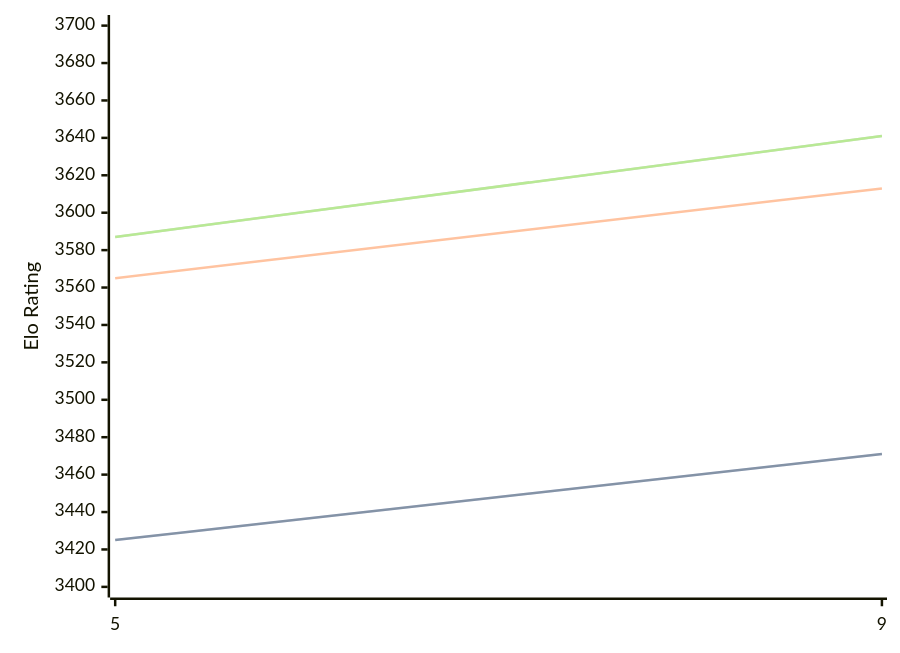
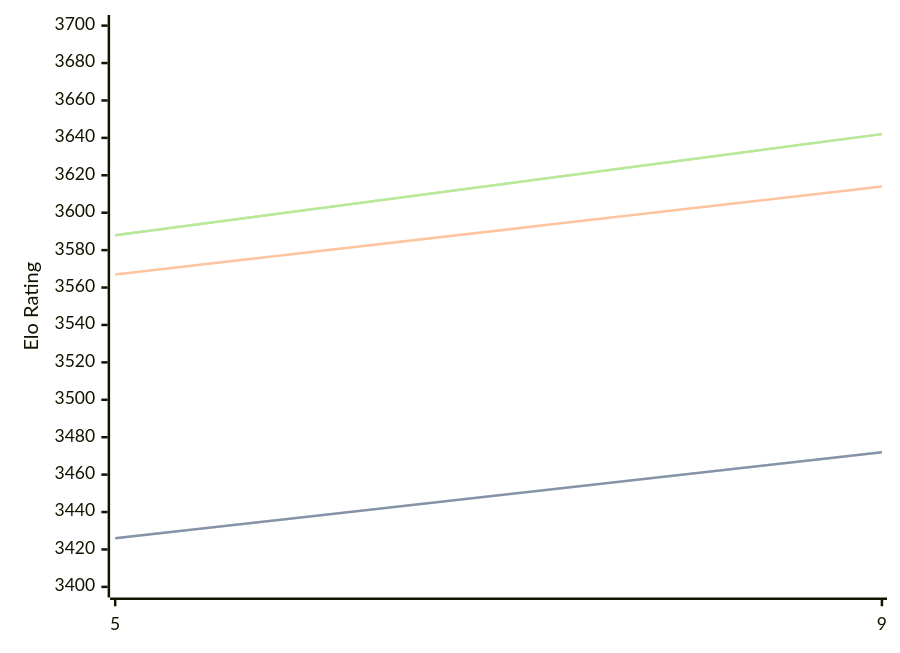
The diagram in engines/Crystal.md (computer-chess-index/cci), drawn with Mermaid before and after one commit. The commit also changed other lines of this file, not shown here.

Commit message:
Update CCI Ratings (ELO VLTC) - 2026-05-12

````diff
--- a/engines/Crystal.md
+++ b/engines/Crystal.md
@@ -60,11 +60,11 @@
 ```mermaid
 %%{init: {"theme":"base","themeVariables":{"seriesColors:['#a3a3a3','#222221','#faa371']}}}%%
 xychart-beta
   x-axis ["5", "9"]
   y-axis "Elo Rating" 3400 --> 3700
-  line "STC (8.0+0.08s)" [3425, 3471]
-  line "STC (8.0+0.08s)" [3425, 3471]
-  line "LTC (60.0+0.60s)" [3565, 3613]
-  line "VLTC (2m24s+1.12s)" [3587, 3641]
-  line "VLTC (2m24s+1.12s)" [3587, 3641]
+  line "STC (8.0+0.08s)" [3426, 3472]
+  line "STC (8.0+0.08s)" [3426, 3472]
+  line "LTC (60.0+0.60s)" [3567, 3614]
+  line "VLTC (2m24s+1.12s)" [3588, 3642]
+  line "VLTC (2m24s+1.12s)" [3588, 3642]
 ```
````
